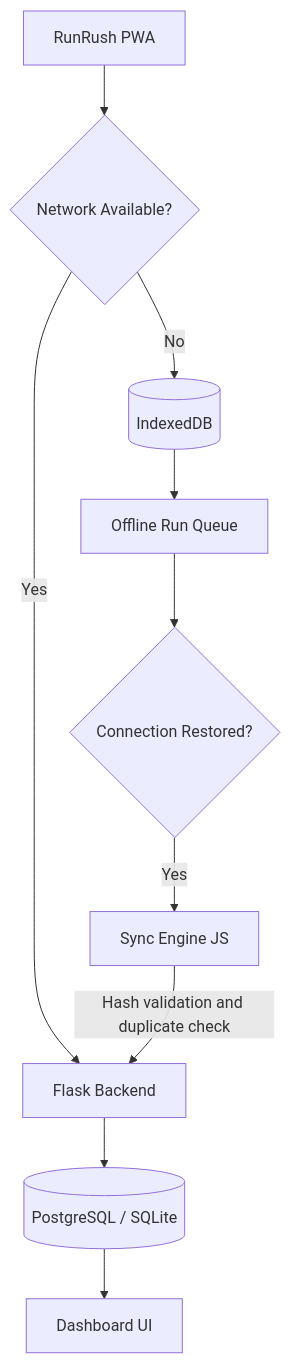
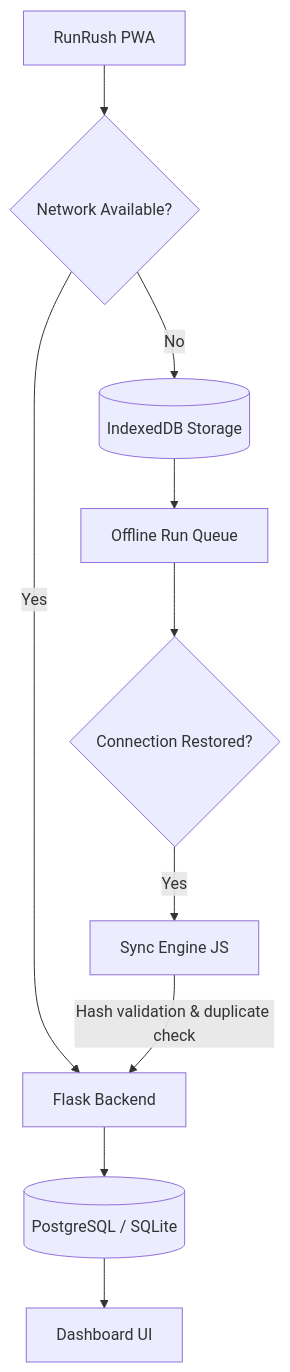
One commit to Yajat-Sharma/Runrush changed the first of 2 diagrams in README.md. Above: the diagram before and after it, drawn with Mermaid. The commit also changed other lines of this file and 2 other files, not shown here.

````diff
--- a/README.md
+++ b/README.md
@@ -82,12 +92,12 @@
 ```mermaid
 flowchart TD
     A[RunRush PWA] --> B{Network Available?}
     B -->|Yes| C[Flask Backend]
-    B -->|No| D[(IndexedDB)]
+    B -->|No| D[(IndexedDB Storage)]
     D --> E[Offline Run Queue]
     E --> F{Connection Restored?}
     F -->|Yes| G[Sync Engine JS]
-    G -->|Hash validation and duplicate check| C
+    G -->|Hash validation & duplicate check| C
     C --> H[(PostgreSQL / SQLite)]
     H --> I[Dashboard UI]
 ```
````
